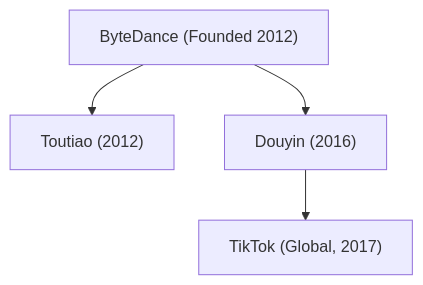
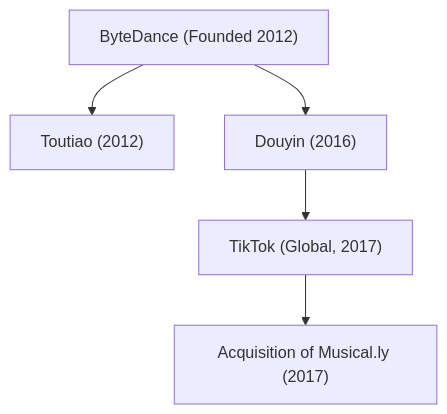
The diagram in content/post/history-of-bytedance/index.md (kenjinote/blog), drawn with Mermaid before and after one commit. The commit also changed other lines of this file and 276 other files, not shown here.

````diff
--- a/content/post/history-of-bytedance/index.md
+++ b/content/post/history-of-bytedance/index.md
@@ -14,6 +17,7 @@
 ```mermaid
 graph TD
     A["ByteDance (Founded 2012)"] --> B["Toutiao (2012)"]
     A --> C["Douyin (2016)"]
     C --> D["TikTok (Global, 2017)"]
+    D --> E["Acquisition of Musical.ly (2017)"]
 ```
````
